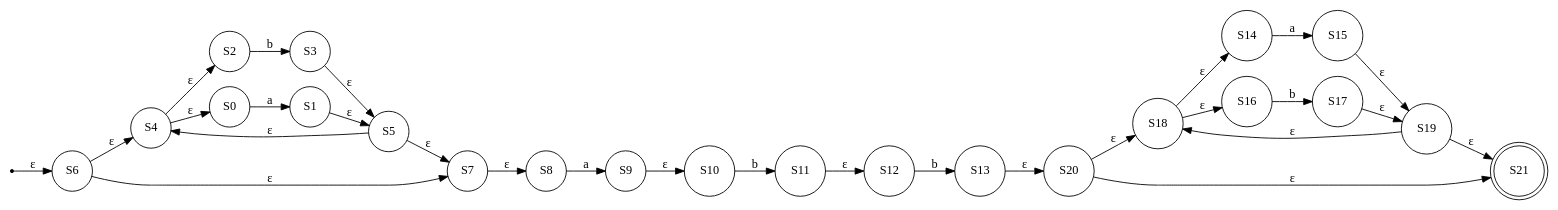
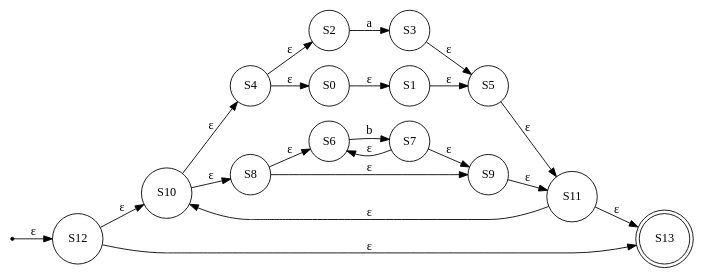
The diagram in Graphs/AFN/afn3.dot (DiggsPapu/TeoriaComputacion), drawn with Graphviz before and after one commit. The commit also changed 20 other files, not shown here.

```diff
--- a/Graphs/AFN/afn3.dot
+++ b/Graphs/AFN/afn3.dot
@@ -1,54 +1,38 @@
 digraph AFN{
 node [shape=circle];
 rankdir=LR;
 init [label="", shape=point];
 S1 [label="S1"];
 S2 [label="S2"];
 S3 [label="S3"];
 S4 [label="S4"];
 S5 [label="S5"];
 S6 [label="S6"];
 S7 [label="S7"];
 S8 [label="S8"];
 S9 [label="S9"];
 S10 [label="S10"];
 S11 [label="S11"];
 S12 [label="S12"];
-S13 [label="S13"];
-S14 [label="S14"];
-S15 [label="S15"];
-S16 [label="S16"];
-S17 [label="S17"];
-S18 [label="S18"];
-S19 [label="S19"];
-S20 [label="S20"];
-S21[shape=doublecircle] [label="S21"];
-S0->S1[label="a"];
+S13[shape=doublecircle] [label="S13"];
+S0->S1[label="ε"];
 S1->S5[label="ε"];
-S2->S3[label="b"];
+S2->S3[label="a"];
 S3->S5[label="ε"];
 S4->S0[label="ε"];
 S4->S2[label="ε"];
-S5->S4[label="ε"];
-S5->S7[label="ε"];
-init->S6[label="ε"];
-S6->S7[label="ε"];
-S6->S4[label="ε"];
-S7->S8[label="ε"];
-S8->S9[label="a"];
-S9->S10[label="ε"];
-S10->S11[label="b"];
-S11->S12[label="ε"];
-S12->S13[label="b"];
-S13->S20[label="ε"];
-S14->S15[label="a"];
-S15->S19[label="ε"];
-S16->S17[label="b"];
-S17->S19[label="ε"];
-S18->S14[label="ε"];
-S18->S16[label="ε"];
-S19->S18[label="ε"];
-S19->S21[label="ε"];
-S20->S21[label="ε"];
-S20->S18[label="ε"];
+S5->S11[label="ε"];
+S6->S7[label="b"];
+S7->S6[label="ε"];
+S7->S9[label="ε"];
+S8->S9[label="ε"];
+S8->S6[label="ε"];
+S9->S11[label="ε"];
+S10->S4[label="ε"];
+S10->S8[label="ε"];
+S11->S10[label="ε"];
+S11->S13[label="ε"];
+init->S12[label="ε"];
+S12->S13[label="ε"];
+S12->S10[label="ε"];
 }
```
